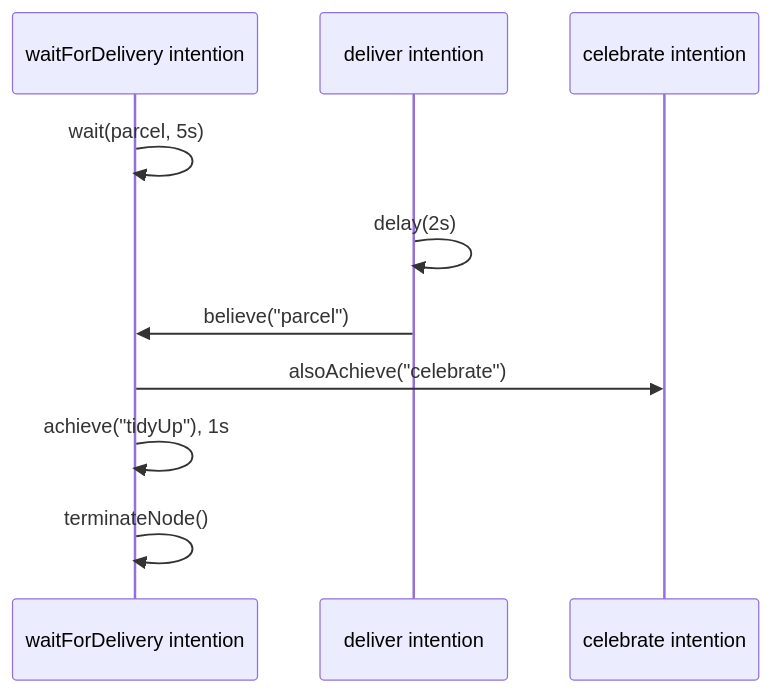
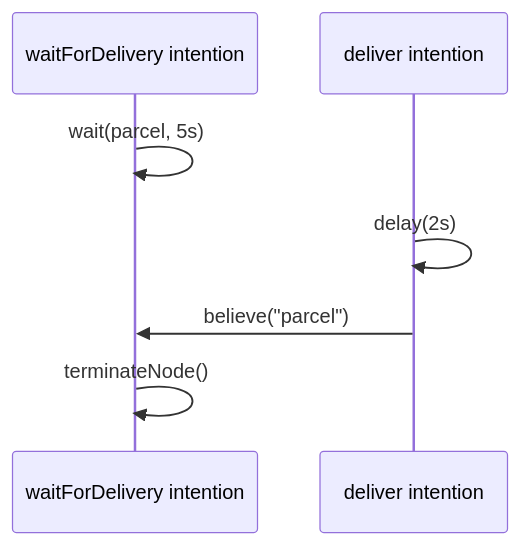
The diagram in website/docs/how-to/wait-for-events.md (jakta-bdi/jakta), drawn with Mermaid before and after one commit. The commit also changed other lines of this file and 9 other files, not shown here.

````diff
--- a/website/docs/how-to/wait-for-events.md
+++ b/website/docs/how-to/wait-for-events.md
@@ -68,12 +52,9 @@
 ```mermaid
 sequenceDiagram
     participant W as waitForDelivery intention
     participant D as deliver intention
-    participant C as celebrate intention
     W->>W: wait(parcel, 5s)
     D->>D: delay(2s)
     D->>W: believe("parcel")
-    W->>C: alsoAchieve("celebrate")
-    W->>W: achieve("tidyUp"), 1s
     W->>W: terminateNode()
 ```
````
